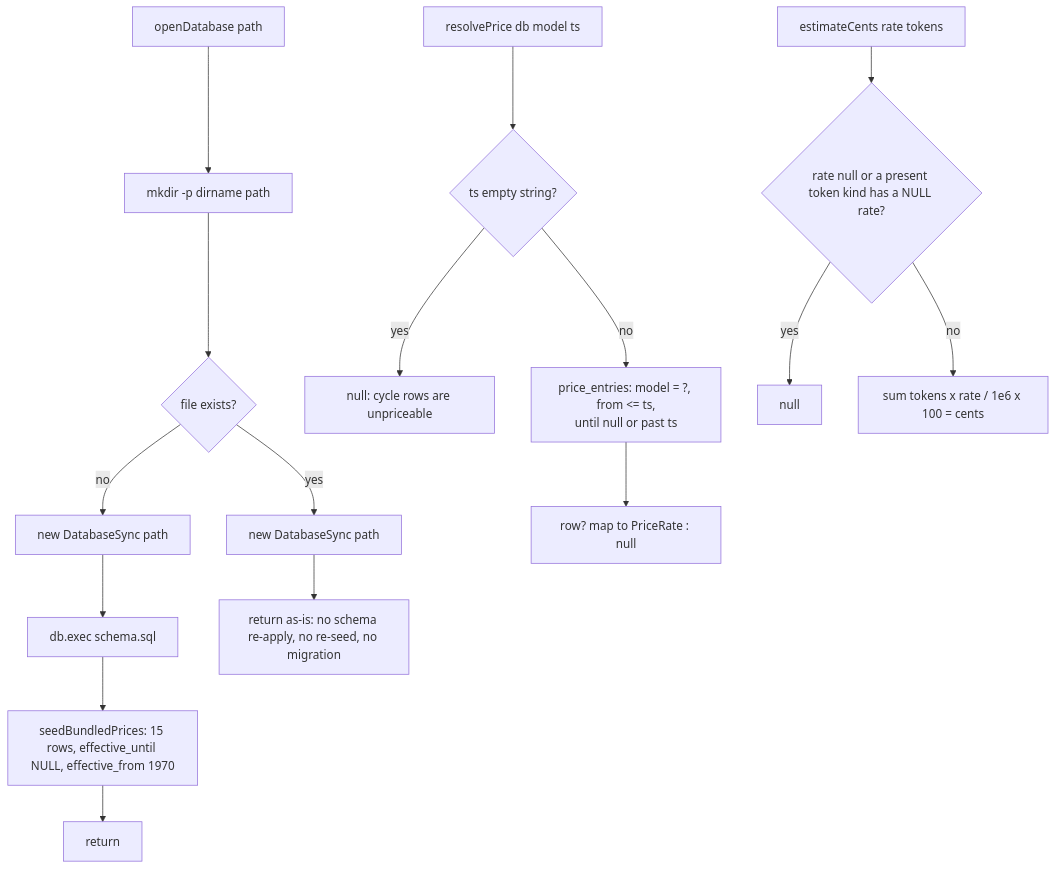
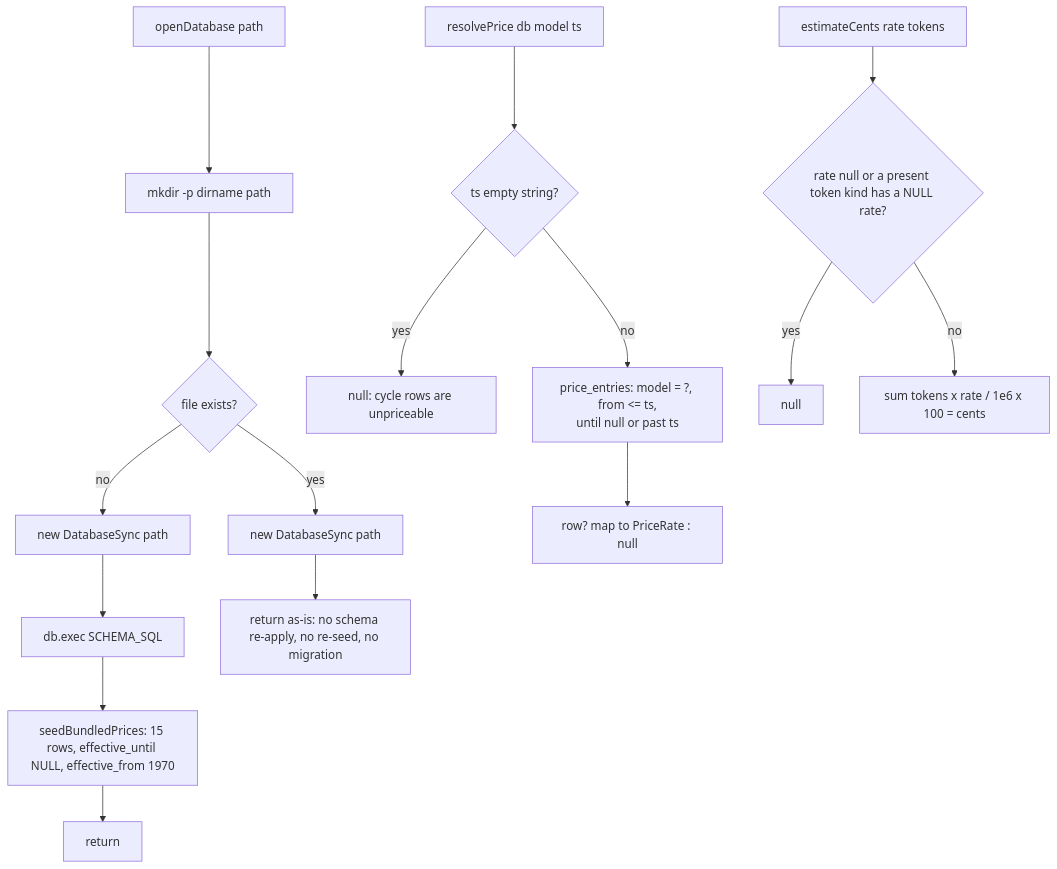
One commit to prajwal-hebbar-07/prompt-burn changed the diagram in docs/architecture/05-database.md. Above: the diagram before and after it, drawn with Mermaid. The commit also changed other lines of this file and 12 other files, not shown here.

First line of the commit message:
feat(desktop): bundle sidecar and inline schema for packaging

````diff
--- a/docs/architecture/05-database.md
+++ b/docs/architecture/05-database.md
@@ -53,18 +53,18 @@
 ```mermaid
 flowchart TD
     A[openDatabase path] --> B[mkdir -p dirname path]
     B --> C{file exists?}
     C -- no --> D[new DatabaseSync path]
-    D --> E[db.exec schema.sql]
+    D --> E[db.exec SCHEMA_SQL]
     E --> F[seedBundledPrices: 15 rows, effective_until NULL, effective_from 1970]
     C -- yes --> D2[new DatabaseSync path]
     D2 --> G[return as-is: no schema re-apply, no re-seed, no migration]
     F --> G2[return]
     H[resolvePrice db model ts] --> I{ts empty string?}
     I -- yes --> J[null: cycle rows are unpriceable]
     I -- no --> K[price_entries: model = ?, from &lt;= ts,<br>until null or past ts]
     K --> L[row? map to PriceRate : null]
     M[estimateCents rate tokens] --> N{rate null or a present token kind has a NULL rate?}
     N -- yes --> O[null]
     N -- no --> P[sum tokens x rate / 1e6 x 100 = cents]
 ```
````
